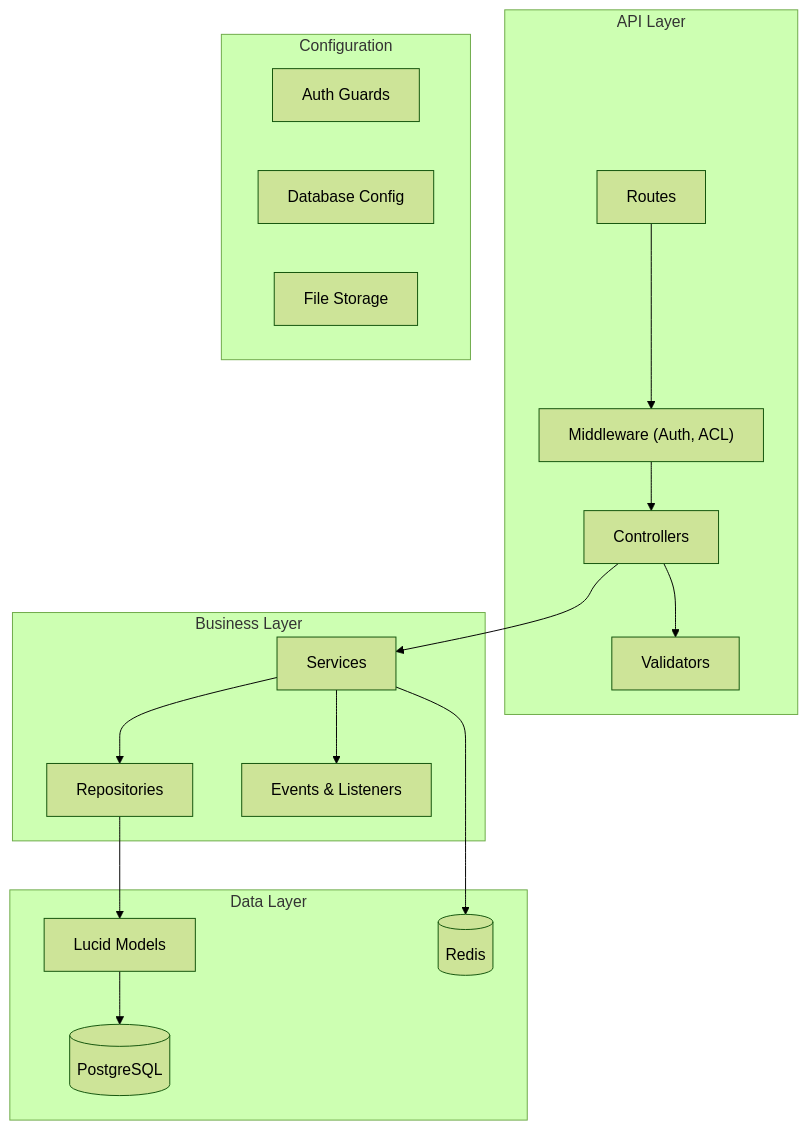
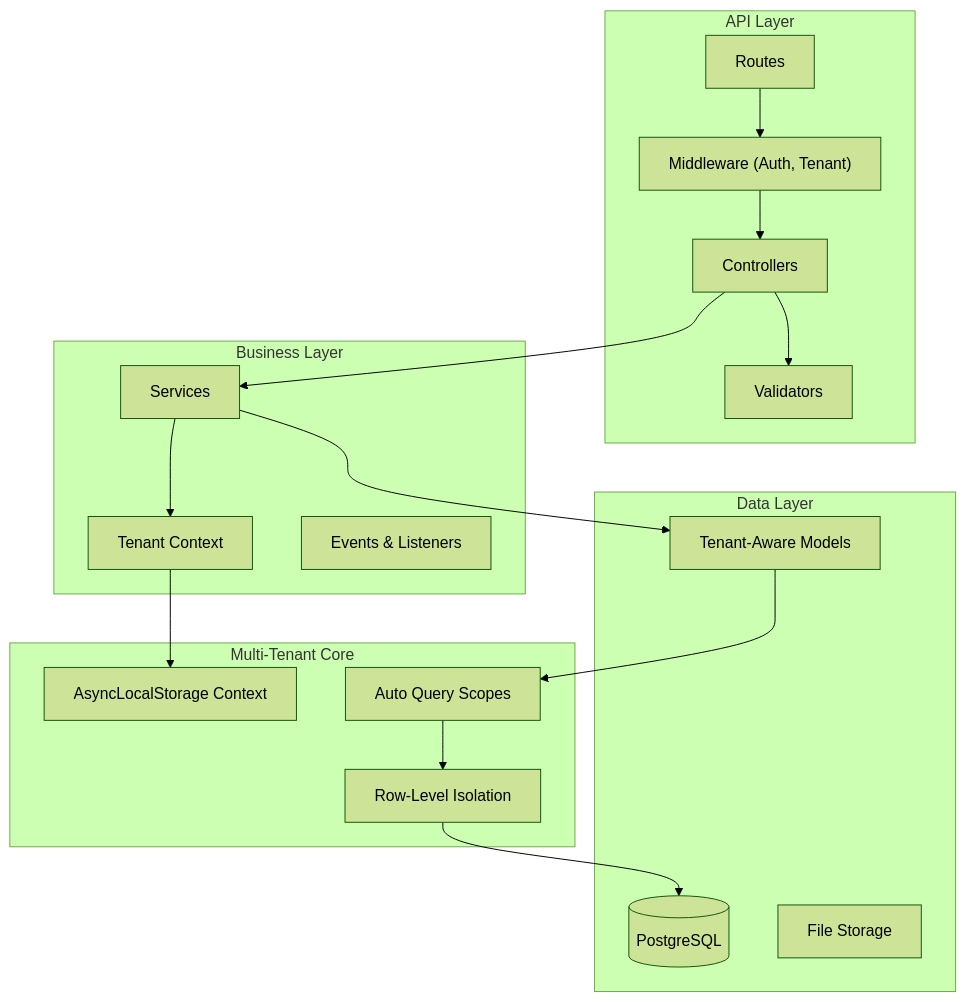
The diagram in README.md (gabrielmaialva33/juridicai), drawn with Mermaid (forest theme) before and after one commit. The commit also changed other lines of this file and 2 other files, not shown here.

````diff
--- a/README.md
+++ b/README.md
@@ -41,37 +34,38 @@
 ```mermaid
 graph TD
     subgraph "API Layer"
         API_ROUTES[Routes]
-        API_MW["Middleware (Auth, ACL)"]
+        API_MW["Middleware (Auth, Tenant)"]
         API_CTRL[Controllers]
         API_VALIDATORS[Validators]
     end
 
     subgraph "Business Layer"
         BL_SERVICES[Services]
-        BL_REPOS[Repositories]
+        BL_TENANT[Tenant Context]
         BL_EVENTS[Events & Listeners]
     end
 
     subgraph "Data Layer"
-        DL_MODELS[Lucid Models]
+        DL_MODELS[Tenant-Aware Models]
         DL_DB[(PostgreSQL)]
-        DL_CACHE[(Redis)]
+        DL_STORAGE[File Storage]
     end
 
-    subgraph "Configuration"
-        CONF_AUTH[Auth Guards]
-        CONF_DB[Database Config]
-        CONF_STORAGE[File Storage]
+    subgraph "Multi-Tenant Core"
+        MT_CONTEXT[AsyncLocalStorage Context]
+        MT_SCOPES[Auto Query Scopes]
+        MT_ISOLATION[Row-Level Isolation]
     end
 
     API_ROUTES --> API_MW
     API_MW --> API_CTRL
     API_CTRL --> API_VALIDATORS
     API_CTRL --> BL_SERVICES
-    BL_SERVICES --> BL_REPOS
-    BL_SERVICES --> BL_EVENTS
-    BL_REPOS --> DL_MODELS
-    DL_MODELS --> DL_DB
-    BL_SERVICES --> DL_CACHE
+    BL_SERVICES --> BL_TENANT
+    BL_SERVICES --> DL_MODELS
+    DL_MODELS --> MT_SCOPES
+    MT_SCOPES --> MT_ISOLATION
+    MT_ISOLATION --> DL_DB
+    BL_TENANT --> MT_CONTEXT
 ```
````
